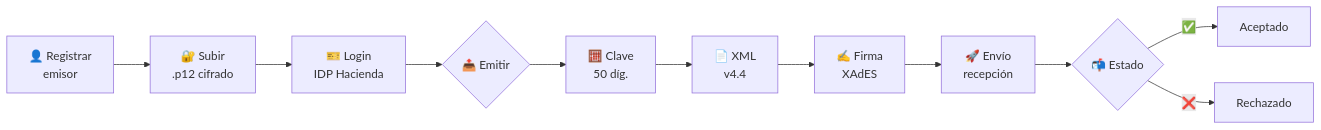
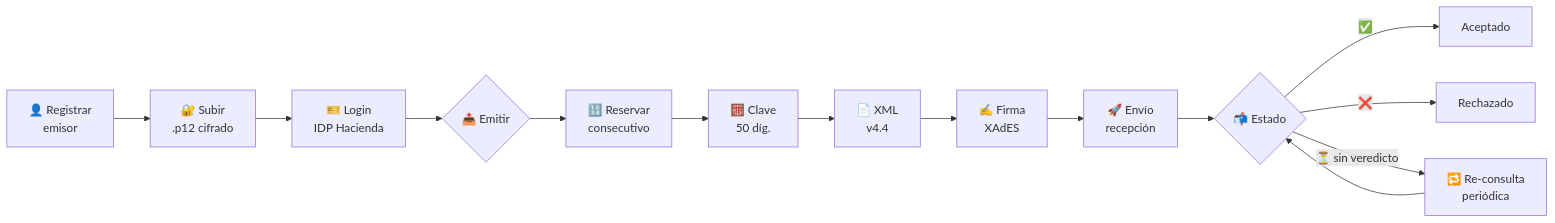
Before and after one commit to savegre-soft/Factu: the diagram in README.md, drawn with Mermaid. The commit also changed other lines of this file and 9 other files, not shown here.

````diff
--- a/README.md
+++ b/README.md
@@ -43,13 +48,16 @@
 ```mermaid
 flowchart LR
     A[👤 Registrar<br/>emisor] --> B[🔐 Subir<br/>.p12 cifrado]
     B --> C[🎫 Login<br/>IDP Hacienda]
     C --> D{📤 Emitir}
-    D --> E[🧮 Clave<br/>50 díg.]
+    D --> N[🔢 Reservar<br/>consecutivo]
+    N --> E[🧮 Clave<br/>50 díg.]
     E --> F[📄 XML<br/>v4.4]
     F --> G[✍️ Firma<br/>XAdES]
     G --> H[🚀 Envío<br/>recepción]
     H --> I{📬 Estado}
     I -->|✅| J[Aceptado]
     I -->|❌| K[Rechazado]
+    I -->|⏳ sin veredicto| L[🔁 Re-consulta<br/>periódica]
+    L --> I
 ```
````
